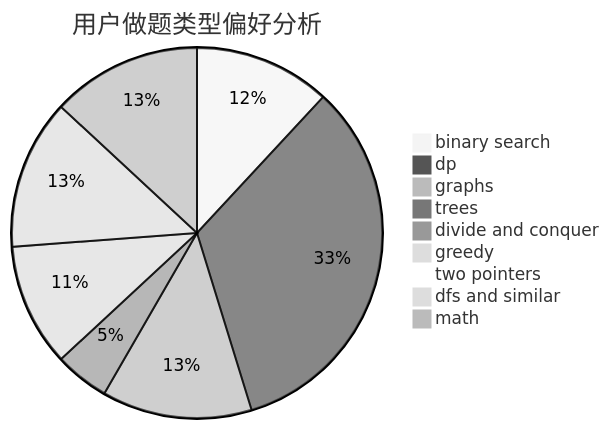
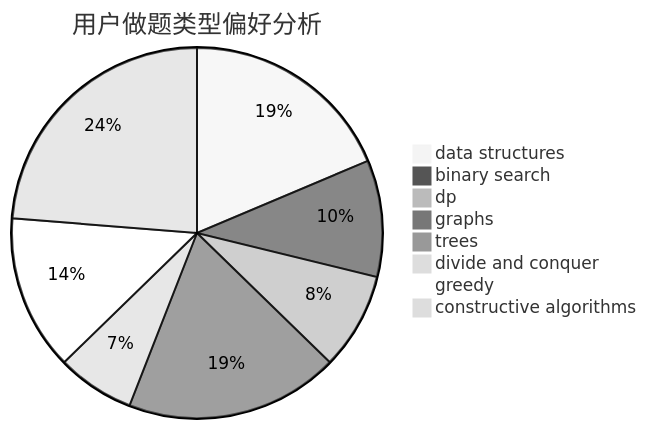
Before and after one commit to sherpahu/cfrs.github.io: the second of 3 diagrams in docs/user/u2726.md, drawn with Mermaid (neutral theme). The commit also changed other lines of this file and 2775 other files, not shown here.

````diff
--- a/docs/user/u2726.md
+++ b/docs/user/u2726.md
@@ -23,12 +23,11 @@
 ```mermaid
 pie title 用户做题类型偏好分析
-    "binary search" :  10
-    "dp" :  28
+    "data structures" :  11
+    "binary search" :  6
+    "dp" :  5
     "graphs" :  11
     "trees" :  0
     "divide and conquer" :  4
-    "greedy" :  9
-    "two pointers" :  0
-    "dfs and similar" :  11
-    "math" :  11
+    "greedy" :  8
+    "constructive algorithms" :  14
 ```
````
